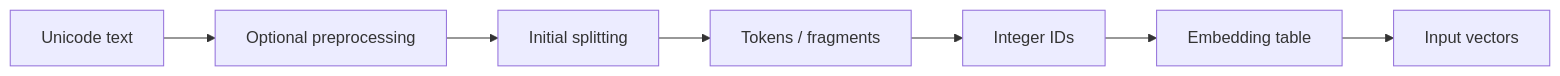
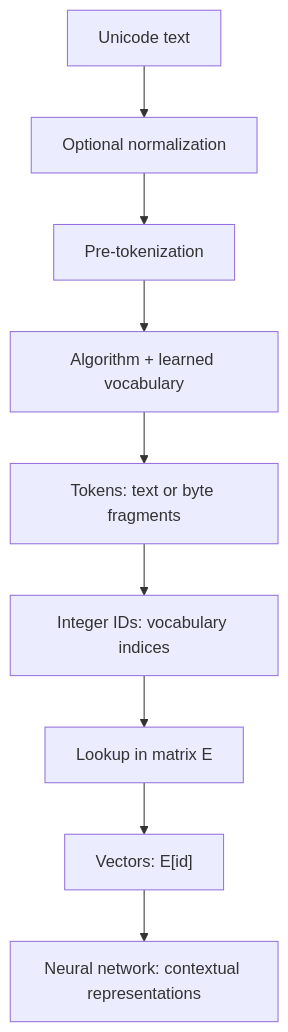
The diagram in site/en/text-data.qmd (JM-Brun/llm-lab), drawn with Mermaid before and after one commit. The commit also changed other lines of this file and 5 other files, not shown here.

````diff
--- a/site/en/text-data.qmd
+++ b/site/en/text-data.qmd
@@ -23,9 +53,11 @@
 ```{mermaid}
-flowchart LR
-    A["Unicode text"] --> B["Optional preprocessing"]
-    B --> C["Initial splitting"]
-    C --> D["Tokens / fragments"]
-    D --> E["Integer IDs"]
-    E --> F["Embedding table"]
-    F --> G["Input vectors"]
+flowchart TD
+    A["Unicode text"] --> B["Optional normalization"]
+    B --> C["Pre-tokenization"]
+    C --> D["Algorithm + learned vocabulary"]
+    D --> E["Tokens: text or byte fragments"]
+    E --> F["Integer IDs: vocabulary indices"]
+    F --> G["Lookup in matrix E"]
+    G --> H["Vectors: E[id]"]
+    H --> I["Neural network: contextual representations"]
 ```
````
